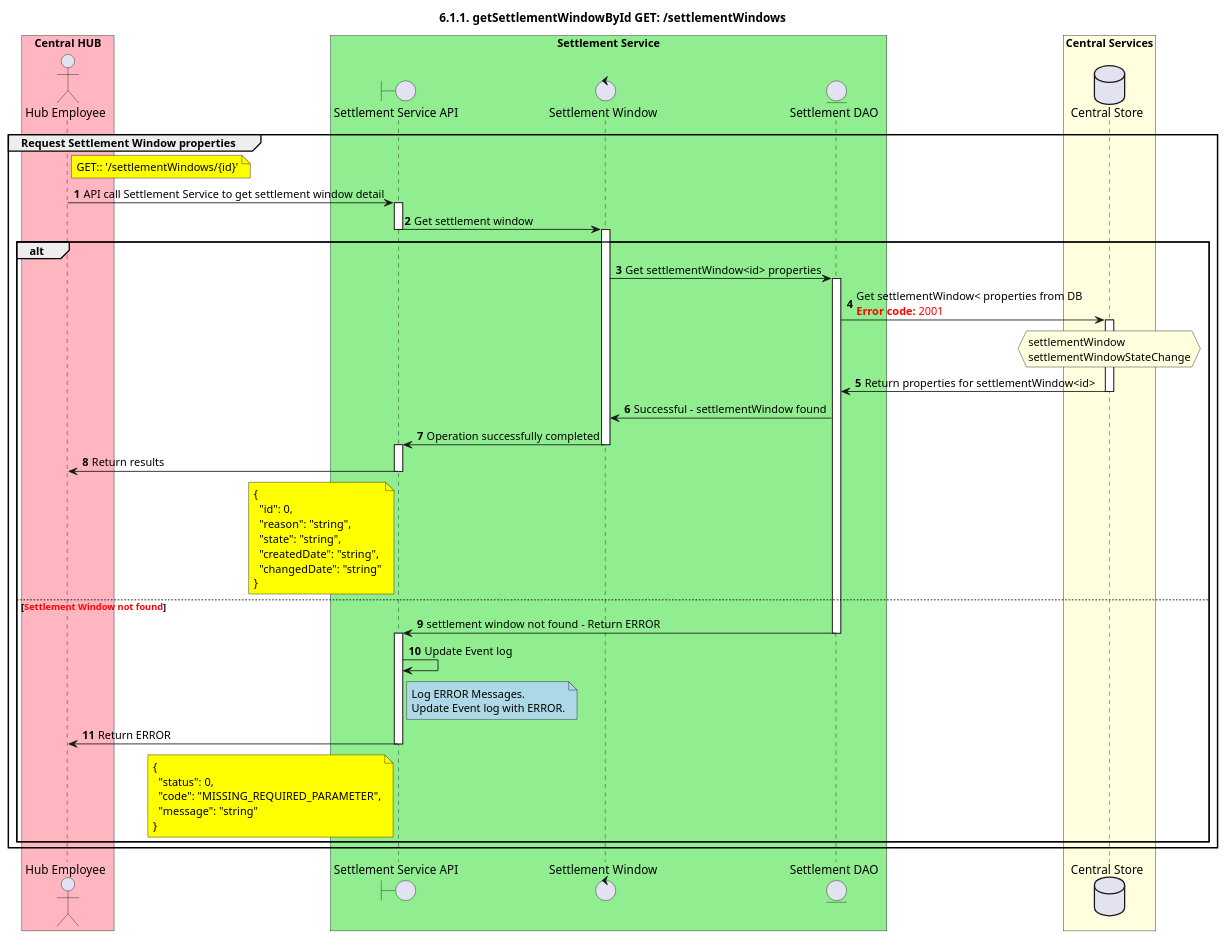
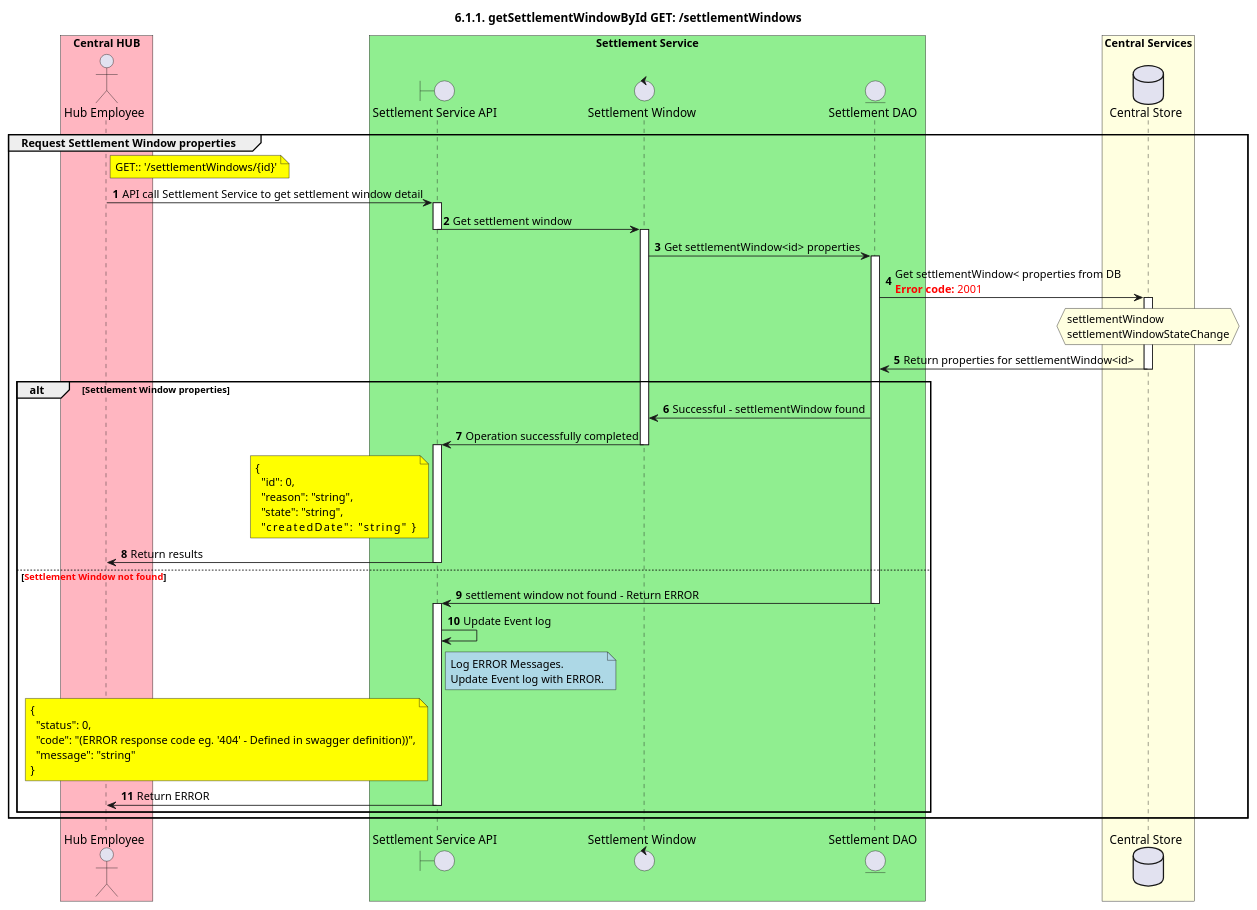
The diagram in CentralServices/seq_diagrams/seq-settleWindow-6.1.1.plantuml (HenkKodde/docs), drawn with PlantUML before and after one commit. The commit also changed 8 other files, not shown here.

```diff
--- a/CentralServices/seq_diagrams/seq-settleWindow-6.1.1.plantuml
+++ b/CentralServices/seq_diagrams/seq-settleWindow-6.1.1.plantuml
@@ -1,90 +1,88 @@
 @startuml
 ' declate title
 title 6.1.1. getSettlementWindowById GET: /settlementWindows
 
 autonumber
 
 ' Actor Keys:
 
 ' declare actors
 
 actor "Hub Employee" as OPERATOR
 
 boundary "Settlement Service API" as SSAPI
 control "Settlement Window" as SETTLEWINDOW
 entity "Settlement DAO" as SETTLE_DAO
 
 database "Central Store" as DB
 
 box "Central HUB" #LightPink
     participant OPERATOR
 end box
 
 box "Settlement Service" #LightGreen
     participant SSAPI
     participant SETTLEWINDOW
     participant SETTLE_DAO
 end box
 
 box "Central Services" #LightYellow
     participant DB
 end box
 
 ' start flow
 
 group Request Settlement Window properties
     note right of OPERATOR #Yellow
         GET:: '/settlementWindows/{id}'
     end note
     OPERATOR -> SSAPI: API call Settlement Service to get settlement window detail
     activate SSAPI
     SSAPI -> SETTLEWINDOW: Get settlement window
     deactivate SSAPI
     activate SETTLEWINDOW
-    alt
         SETTLEWINDOW -> SETTLE_DAO: Get settlementWindow<id> properties
         activate SETTLE_DAO
                 SETTLE_DAO -> DB: Get settlementWindow< properties from DB \n<color #FF0000><b>Error code:</b> 2001</color>
             activate DB
                 hnote over DB #LightYellow
                 settlementWindow
                 settlementWindowStateChange
                 end hnote
                 SETTLE_DAO <- DB: Return properties for settlementWindow<id>
             deactivate DB
+    alt Settlement Window properties
         SETTLEWINDOW <- SETTLE_DAO: Successful - settlementWindow found
         SSAPI <- SETTLEWINDOW: Operation successfully completed
         deactivate SETTLEWINDOW
         activate SSAPI
-        OPERATOR <- SSAPI: Return results
         note left of SSAPI #Yellow
             {
               "id": 0,
               "reason": "string",
               "state": "string",
-              "createdDate": "string",
-              "changedDate": "string"
-            }
+              "createdDate": "string"            }
         end note
+        OPERATOR <- SSAPI: Return results
         deactivate SSAPI
     else <color #FF0000><b>Settlement Window not found</b></color>
         SETTLE_DAO -> SSAPI: settlement window not found - Return ERROR
         deactivate SETTLE_DAO
         activate SSAPI
         SSAPI -> SSAPI: Update Event log
         note right of SSAPI #LightBlue
             Log ERROR Messages.
             Update Event log with ERROR.
         end note
-        OPERATOR <- SSAPI: Return ERROR
-        deactivate SSAPI
         note left of SSAPI #Yellow
             {
               "status": 0,
-              "code": "MISSING_REQUIRED_PARAMETER",
+              "code": "(ERROR response code eg. '404' - Defined in swagger definition))",
               "message": "string"
             }
         end note
+        OPERATOR <- SSAPI: Return ERROR
+        deactivate SSAPI
     end
 end
 @enduml
```
